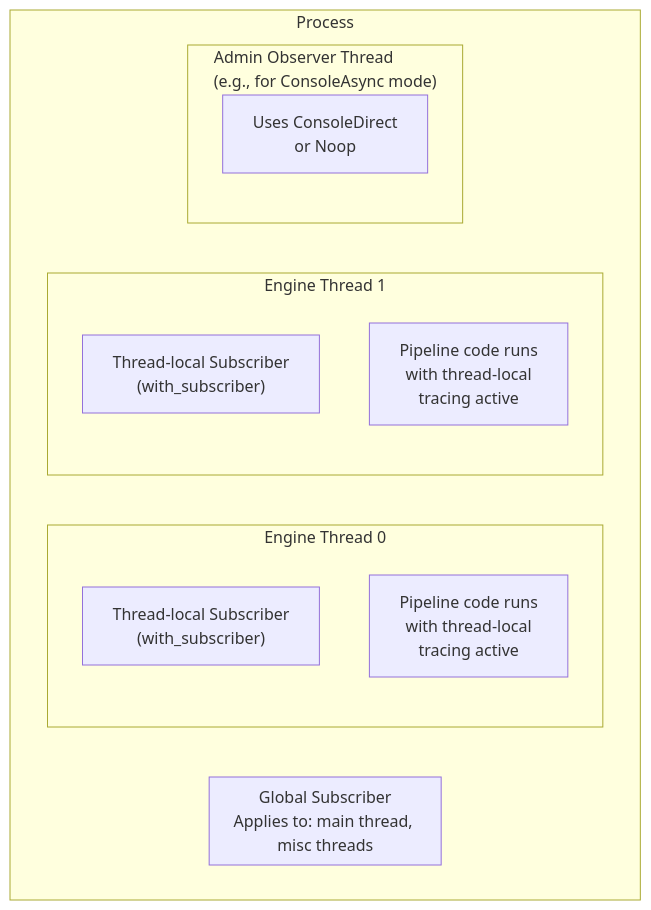
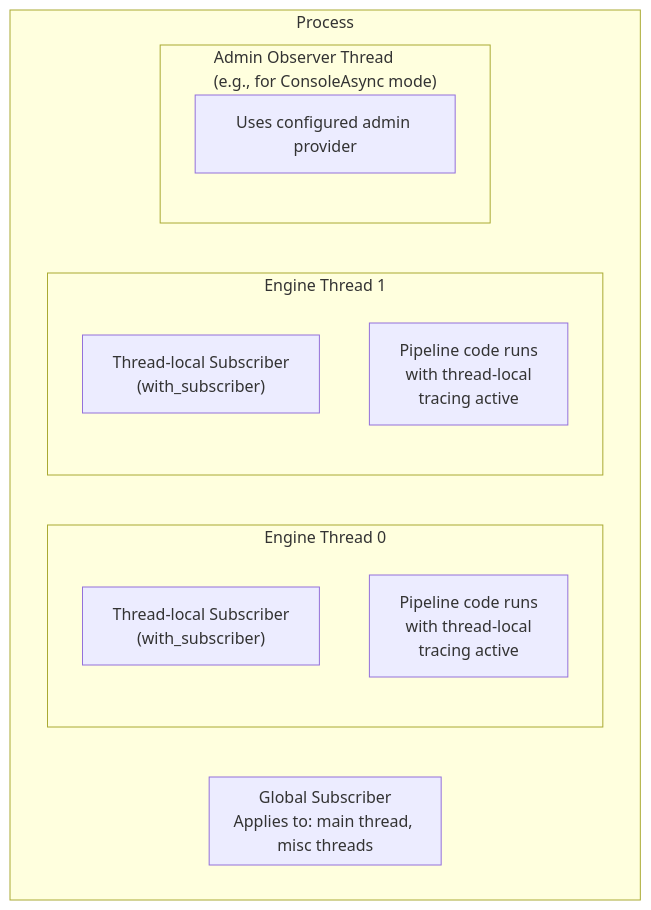
One commit to open-telemetry/otel-arrow changed the fifth of 5 diagrams in rust/otap-dataflow/docs/self_tracing_architecture.md. Above: the diagram before and after it, drawn with Mermaid. The commit also changed other lines of this file and 58 other files, not shown here.

````diff
--- a/rust/otap-dataflow/docs/self_tracing_architecture.md
+++ b/rust/otap-dataflow/docs/self_tracing_architecture.md
@@ -234,21 +208,21 @@
 ```mermaid
 flowchart TB
     subgraph Process
         subgraph Global["Global Subscriber<br/>Applies to: main thread, misc threads"]
         end
 
         subgraph ET0["Engine Thread 0"]
             TL0["Thread-local Subscriber<br/>(with_subscriber)"]
             PC0["Pipeline code runs<br/>with thread-local<br/>tracing active"]
         end
 
         subgraph ET1["Engine Thread 1"]
             TL1["Thread-local Subscriber<br/>(with_subscriber)"]
             PC1["Pipeline code runs<br/>with thread-local<br/>tracing active"]
         end
 
         subgraph Admin["Admin Observer Thread<br/>(e.g., for ConsoleAsync mode)"]
-            AD["Uses ConsoleDirect<br/>or Noop"]
+            AD["Uses configured admin provider"]
         end
     end
 ```
````
